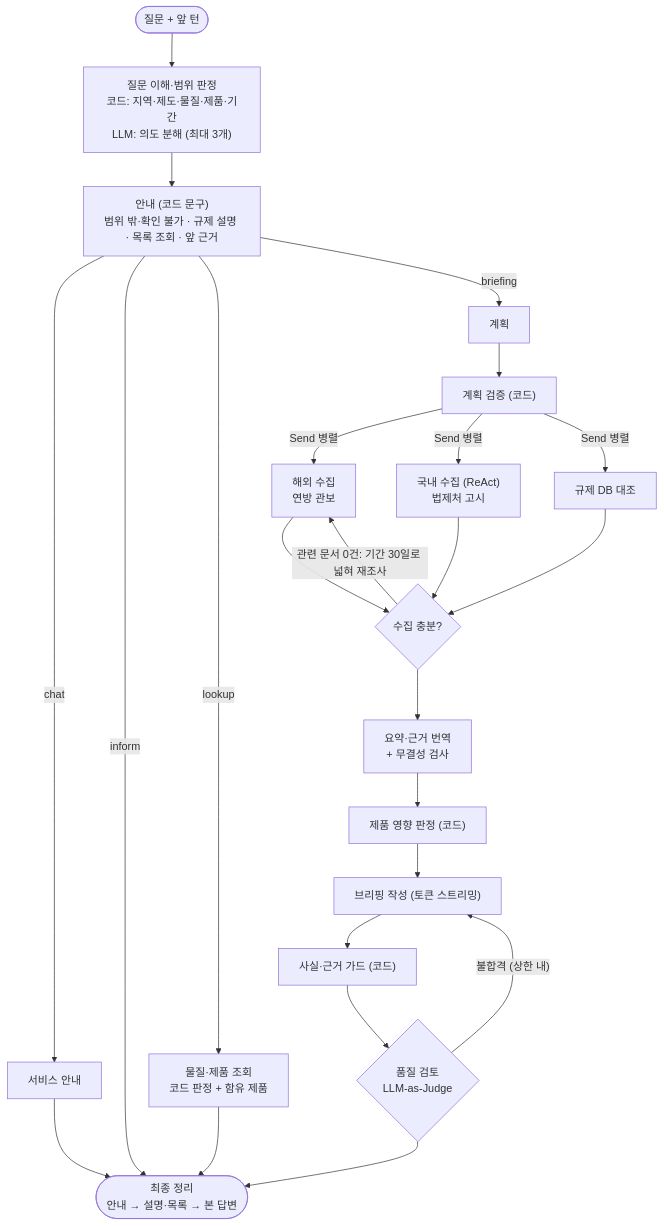
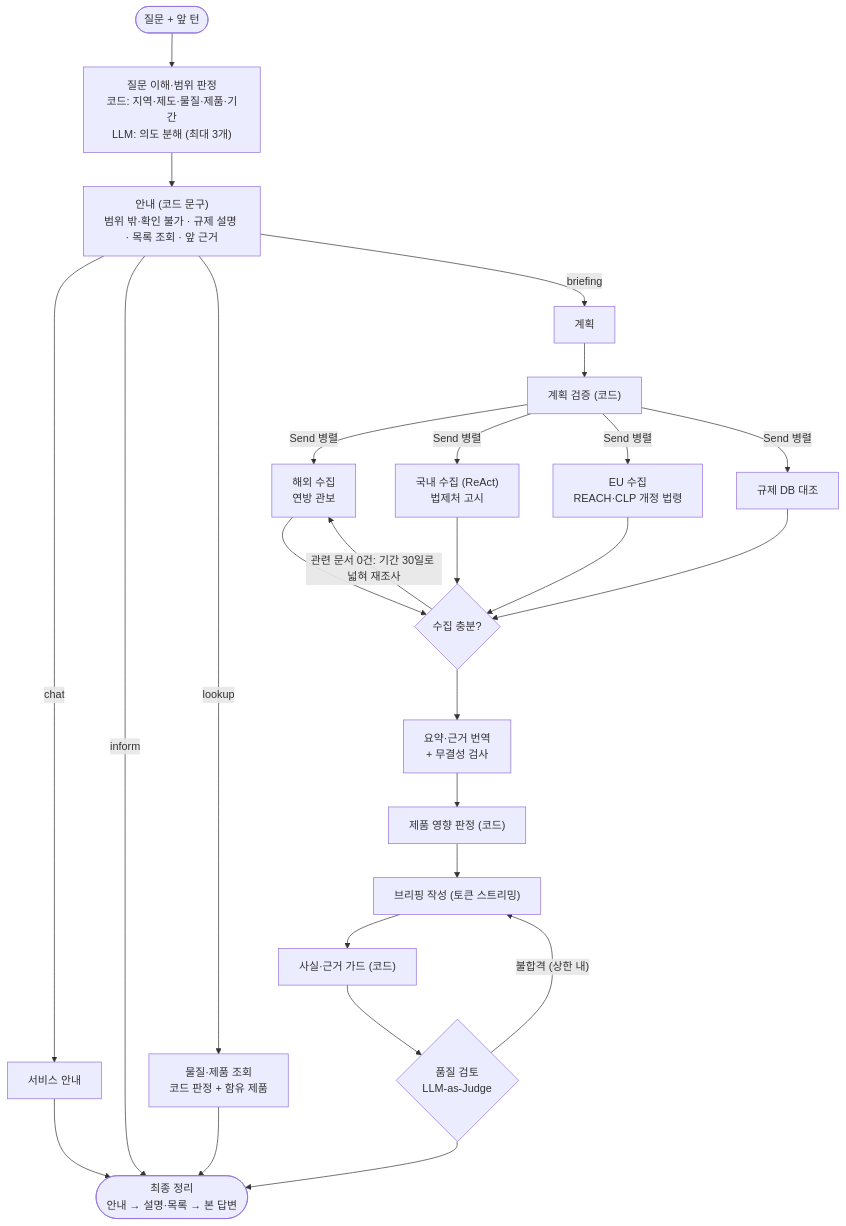
Before and after one commit to ji0x0/skala-chem-reg: the second of 2 diagrams in README.md, drawn with Mermaid. The commit also changed other lines of this file and 6 other files, not shown here.

````diff
--- a/README.md
+++ b/README.md
@@ -61,17 +61,17 @@
 ```mermaid
 flowchart TD
     Q([질문 + 앞 턴]) --> und["질문 이해·범위 판정<br/>코드: 지역·제도·물질·제품·기간<br/>LLM: 의도 분해 (최대 3개)"]
     und --> inform["안내 (코드 문구)<br/>범위 밖·확인 불가 · 규제 설명 · 목록 조회 · 앞 근거"]
     inform -- chat --> chat[서비스 안내] --> fin
     inform -- inform --> fin
     inform -- lookup --> lookup["물질·제품 조회<br/>코드 판정 + 함유 제품"] --> fin
     inform -- briefing --> plan[계획] --> gate["계획 검증 (코드)"]
-    gate -- Send 병렬 --> us["해외 수집<br/>연방 관보"] & kr["국내 수집 (ReAct)<br/>법제처 고시"] & db["규제 DB 대조"]
-    us & kr & db --> review{"수집 충분?"}
+    gate -- Send 병렬 --> us["해외 수집<br/>연방 관보"] & kr["국내 수집 (ReAct)<br/>법제처 고시"] & eu["EU 수집<br/>REACH·CLP 개정 법령"] & db["규제 DB 대조"]
+    us & kr & eu & db --> review{"수집 충분?"}
     review -- "관련 문서 0건: 기간 30일로 넓혀 재조사" --> us
     review --> sum["요약·근거 번역<br/>+ 무결성 검사"] --> impact["제품 영향 판정 (코드)"]
     impact --> write["브리핑 작성 (토큰 스트리밍)"] --> guard["사실·근거 가드 (코드)"]
     guard --> validate{"품질 검토<br/>LLM-as-Judge"}
     validate -- "불합격 (상한 내)" --> write
     validate --> fin([최종 정리<br/>안내 → 설명·목록 → 본 답변])
 ```
````
